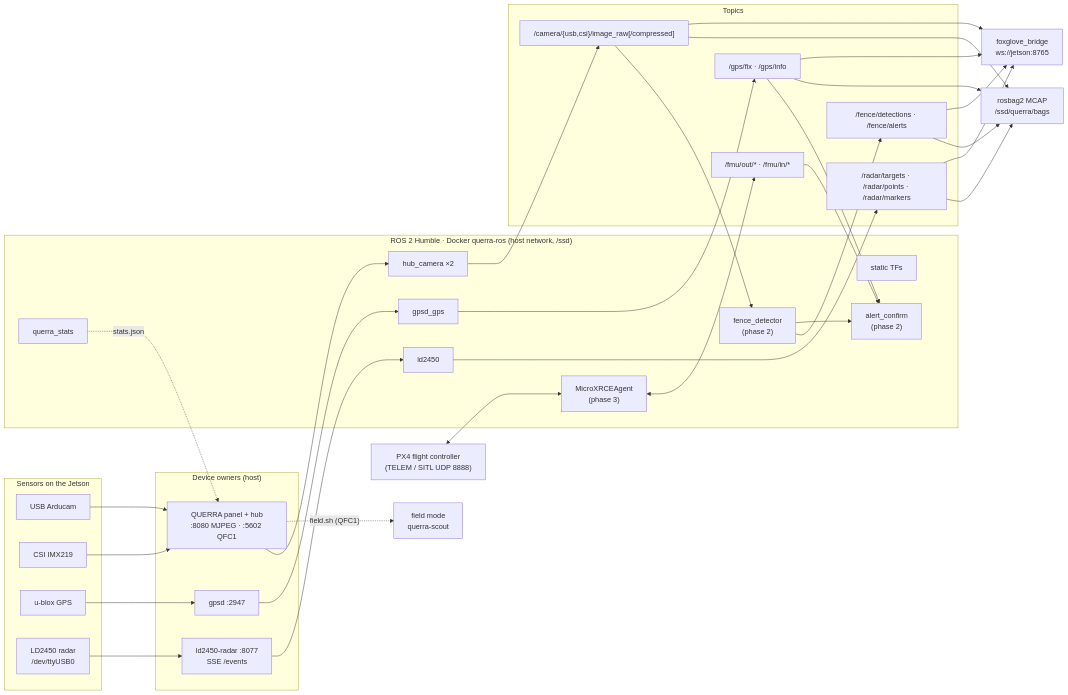
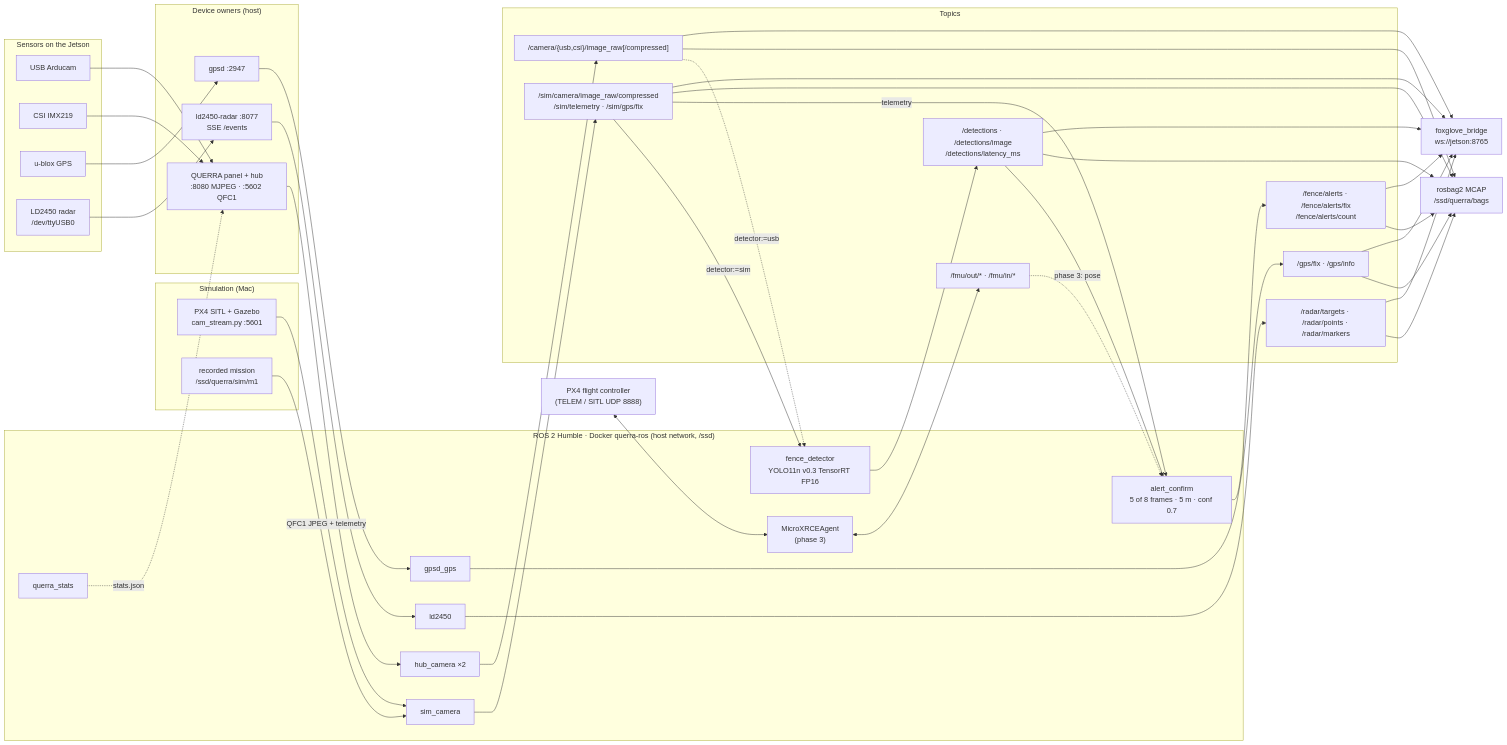
One commit to CosminBMemetea/querra-fence changed the first of 2 diagrams in README.md. Above: the diagram before and after it, drawn with Mermaid. The commit also changed other lines of this file and 22 other files, not shown here.

Commit message:
ROS 2 phase 2: TensorRT fence detector, 5-of-8 alert confirmation, sim camera; panel demo button and detector stats; Foxglove layout; interview demo; panel demo GIFs (GPS blurred)

````diff
--- a/README.md
+++ b/README.md
@@ -31,47 +44,57 @@
 ```mermaid
 flowchart LR
   subgraph HW["Sensors on the Jetson"]
     USB["USB Arducam"]
     CSI["CSI IMX219"]
     GNSS["u-blox GPS"]
     LD["LD2450 radar<br/>/dev/ttyUSB0"]
+  end
+  subgraph SIM["Simulation (Mac)"]
+    GZ["PX4 SITL + Gazebo<br/>cam_stream.py :5601"]
+    REC["recorded mission<br/>/ssd/querra/sim/m1"]
   end
   subgraph OWN["Device owners (host)"]
     HUB["QUERRA panel + hub<br/>:8080 MJPEG · :5602 QFC1"]
     GPSD["gpsd :2947"]
     RAD["ld2450-radar :8077<br/>SSE /events"]
   end
   subgraph ROS["ROS 2 Humble · Docker querra-ros (host network, /ssd)"]
     CAM["hub_camera ×2"]
     GPSN["gpsd_gps"]
     LDN["ld2450"]
-    TF["static TFs"]
+    SIMC["sim_camera"]
+    DET["fence_detector<br/>YOLO11n v0.3 TensorRT FP16"]
+    CONF["alert_confirm<br/>5 of 8 frames · 5 m · conf 0.7"]
     ST["querra_stats"]
-    DET["fence_detector<br/>(phase 2)"]
-    CONF["alert_confirm<br/>(phase 2)"]
     XRCE["MicroXRCEAgent<br/>(phase 3)"]
   end
   subgraph TOP["Topics"]
     T1["/camera/{usb,csi}/image_raw[/compressed]"]
     T2["/gps/fix · /gps/info"]
     T3["/radar/targets · /radar/points · /radar/markers"]
-    T4["/fence/detections · /fence/alerts"]
-    T5["/fmu/out/* · /fmu/in/*"]
+    TS["/sim/camera/image_raw/compressed<br/>/sim/telemetry · /sim/gps/fix"]
+    T4["/detections · /detections/image<br/>/detections/latency_ms"]
+    T5["/fence/alerts · /fence/alerts/fix<br/>/fence/alerts/count"]
+    T6["/fmu/out/* · /fmu/in/*"]
   end
   USB --> HUB
   CSI --> HUB
   GNSS --> GPSD
   LD --> RAD
   HUB --> CAM --> T1
   GPSD --> GPSN --> T2
   RAD --> LDN --> T3
-  HUB -. "field.sh (QFC1)" .-> FIELD["field mode<br/>querra-scout"]
-  T1 --> DET --> T4
-  T2 --> CONF
-  DET --> CONF
-  PX4["PX4 flight controller<br/>(TELEM / SITL UDP 8888)"] <--> XRCE <--> T5
-  T5 --> CONF
-  T1 & T2 & T3 & T4 --> BAG["rosbag2 MCAP<br/>/ssd/querra/bags"]
-  T1 & T2 & T3 & T4 --> FOX["foxglove_bridge<br/>ws://jetson:8765"]
+  GZ -- "QFC1 JPEG + telemetry" --> SIMC
+  REC --> SIMC
+  SIMC --> TS
+  TS -- "detector:=sim" --> DET
+  T1 -. "detector:=usb" .-> DET
+  DET --> T4 --> CONF
+  TS -- "telemetry" --> CONF
+  CONF --> T5
+  PX4["PX4 flight controller<br/>(TELEM / SITL UDP 8888)"] <--> XRCE <--> T6
+  T6 -. "phase 3: pose" .-> CONF
+  T1 & T2 & T3 & TS & T4 & T5 --> BAG["rosbag2 MCAP<br/>/ssd/querra/bags"]
+  T1 & T2 & T3 & TS & T4 & T5 --> FOX["foxglove_bridge<br/>ws://jetson:8765"]
   ST -. "stats.json" .-> HUB
 ```
````
